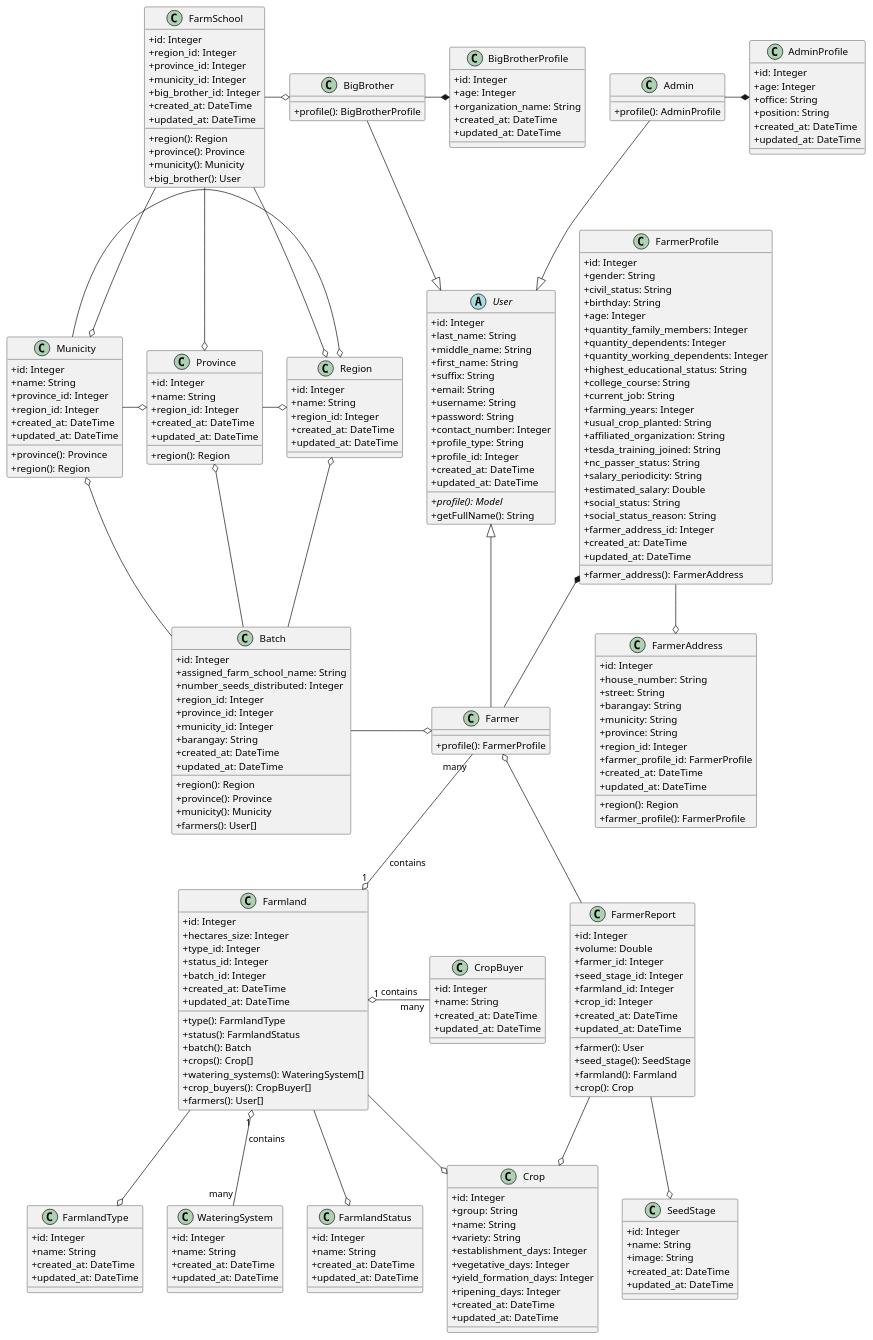
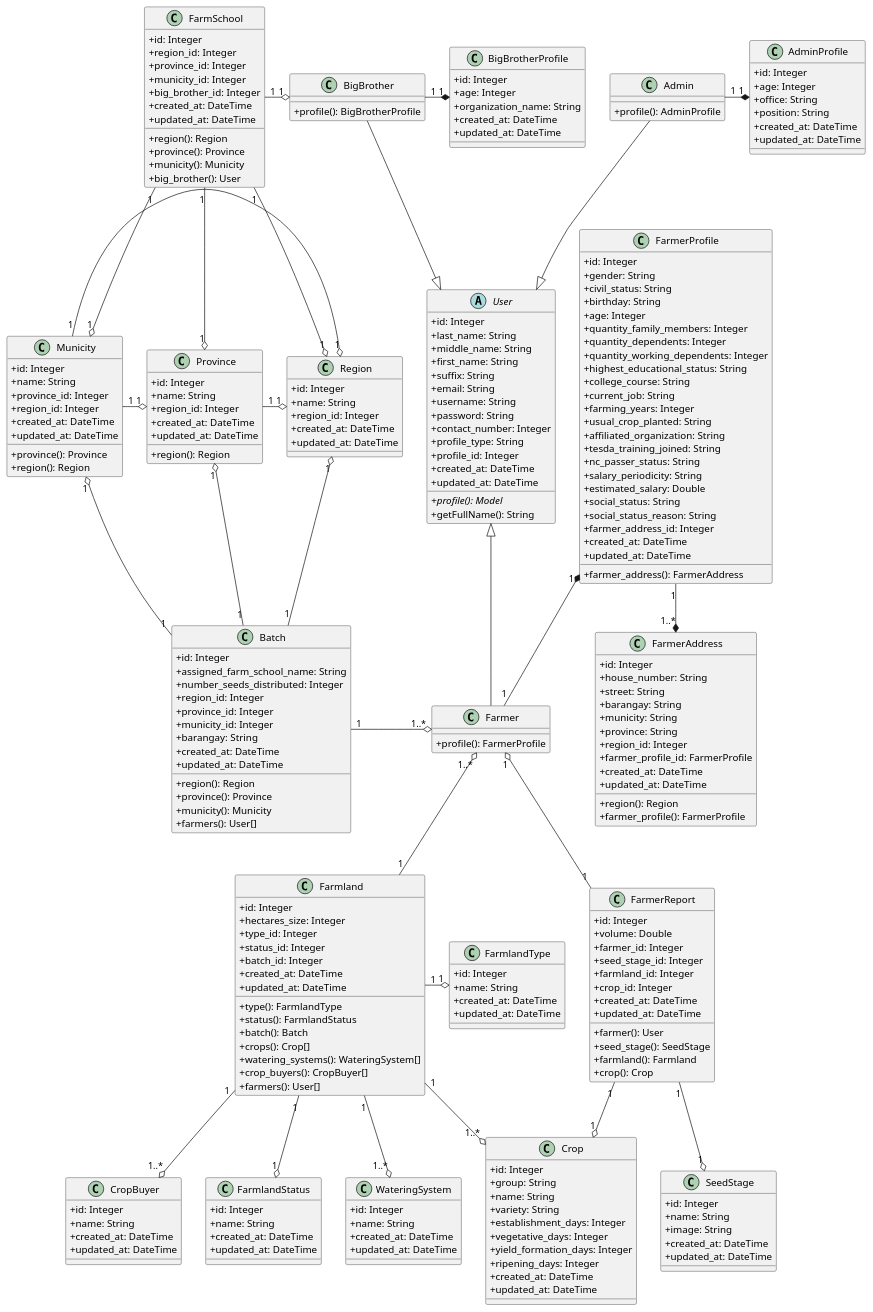
One commit to radical-doubting/anikultura-diagrams changed the diagram in plantuml/proposed/class.wsd. Above: the diagram before and after it, drawn with PlantUML. The commit also changed 1 other file, not shown here.

Commit message:
Finalized class diagram

```diff
--- a/plantuml/proposed/class.wsd
+++ b/plantuml/proposed/class.wsd
@@ -242,36 +242,35 @@
 User <|-up- BigBrother
 
 
-Farmland "1" o- "many" CropBuyer : contains
-Farmland "1" o-- "many" WateringSystem : contains
-Farmland "1" o-up- "many" Farmer : contains
+Farmland "1" --o "1" FarmlandStatus
+Farmland "1" --o "1..*" CropBuyer
+Farmland "1" --o "1..*" WateringSystem
+Farmland "1" -up-o "1..*" Farmer
 
-Farmland --o FarmlandType
-Farmland --o FarmlandStatus
-Farmland --o Crop
+Farmland "1" -o "1" FarmlandType
+Farmland "1" --o "1..*" Crop
 
-FarmerProfile --o FarmerAddress
-Farmer -up-* FarmerProfile
-BigBrother -* BigBrotherProfile
-Admin -* AdminProfile
+FarmerProfile "1" --* "1..*" FarmerAddress
+Farmer "1" -up-* "1" FarmerProfile
+BigBrother "1" -* "1" BigBrotherProfile
+Admin "1" -* "1" AdminProfile
 
-FarmerReport -up-o Farmer
-FarmerReport --o SeedStage
-FarmerReport --o Crop
+FarmerReport "1" -up-o "1" Farmer
+FarmerReport "1" --o "1" SeedStage
+FarmerReport "1" --o "1" Crop
 
-Municity -o Province
-Municity -o Region
+Municity "1" -o "1" Province
+Municity "1" -o "1" Region
+Province "1" -o "1" Region
 
-Province -o Region
+Batch "1" -o "1..*" Farmer
+Batch "1" -up-o "1" Region
+Batch "1" -up-o "1" Province
+Batch "1" -up-o "1" Municity
 
-Batch -o Farmer
-Batch -up-o Region
-Batch -up-o Province
-Batch -up-o Municity
-
-FarmSchool --o Region
-FarmSchool --o Province
-FarmSchool --o Municity
-FarmSchool -o BigBrother
+FarmSchool "1" --o "1" Region
+FarmSchool "1" --o "1" Province
+FarmSchool "1" --o "1" Municity
+FarmSchool "1" -o "1" BigBrother
 
 @enduml
```
